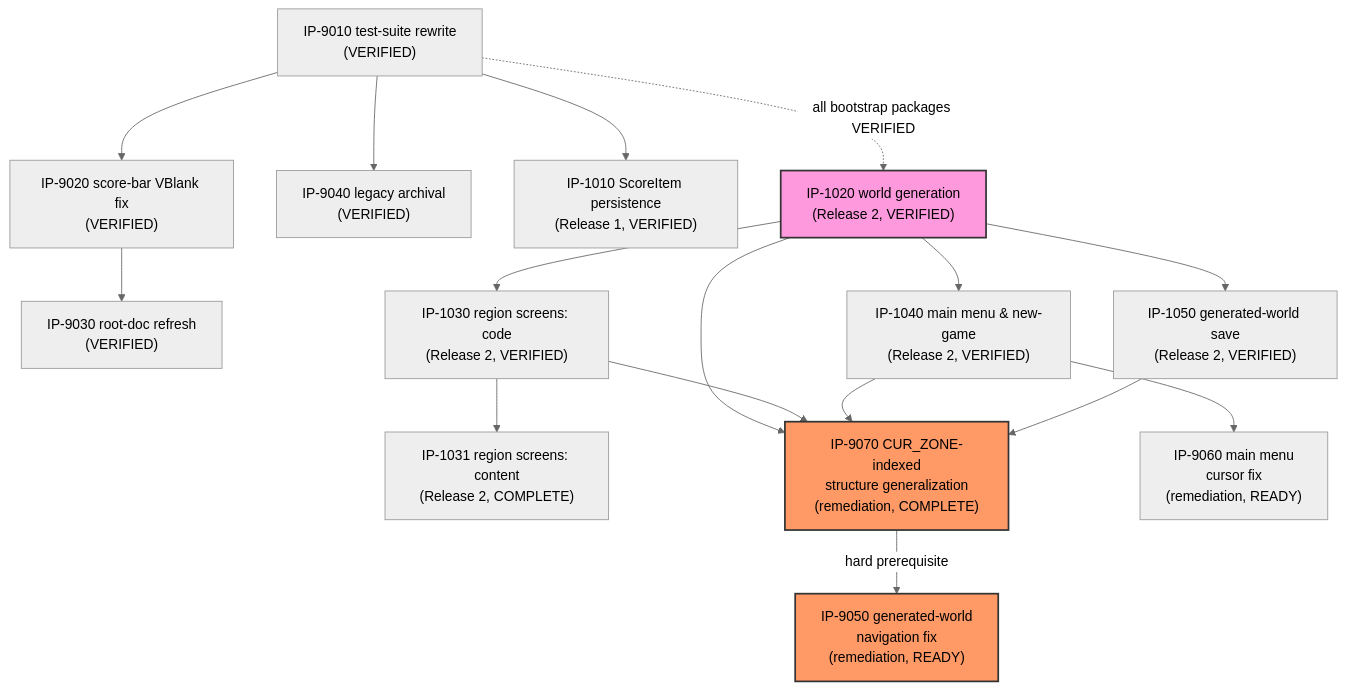
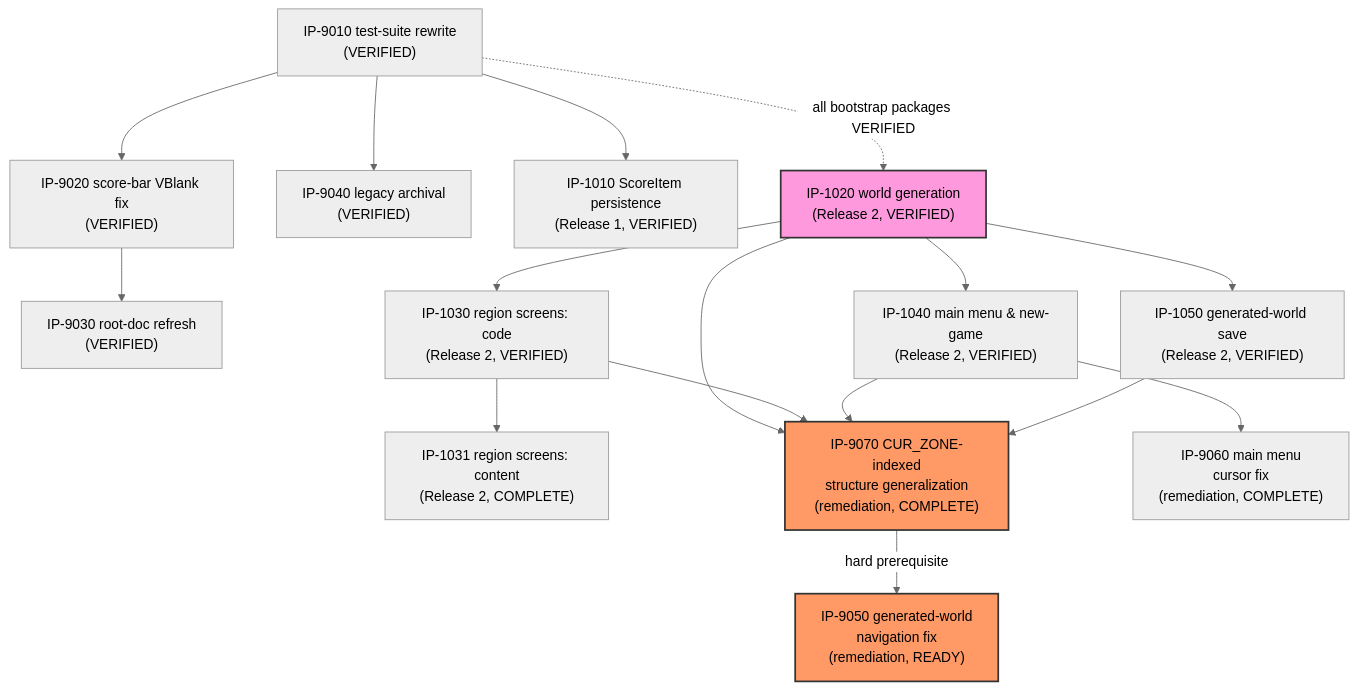
Before and after one commit to Zabin/RsGame: the diagram in docs/implementation/00-master-build-plan.md, drawn with Mermaid (neutral theme). The commit also changed other lines of this file and 8 other files, not shown here.

First line of the commit message:
feat(IP-9060): stop check_save_valid from clobbering the MAIN MENU cursor toggle

````diff
--- a/docs/implementation/00-master-build-plan.md
+++ b/docs/implementation/00-master-build-plan.md
@@ -66,38 +66,38 @@
 ```mermaid
 graph TD
     IP9010["IP-9010 test-suite rewrite<br/>(VERIFIED)"]
     IP9020["IP-9020 score-bar VBlank fix<br/>(VERIFIED)"]
     IP9030["IP-9030 root-doc refresh<br/>(VERIFIED)"]
     IP9040["IP-9040 legacy archival<br/>(VERIFIED)"]
     IP1010["IP-1010 ScoreItem persistence<br/>(Release 1, VERIFIED)"]
     IP9010 --> IP9020
     IP9010 --> IP9040
     IP9010 --> IP1010
     IP9020 --> IP9030
 
     IP1020["IP-1020 world generation<br/>(Release 2, VERIFIED)"]
     IP1030["IP-1030 region screens: code<br/>(Release 2, VERIFIED)"]
     IP1031["IP-1031 region screens: content<br/>(Release 2, COMPLETE)"]
     IP1040["IP-1040 main menu & new-game<br/>(Release 2, VERIFIED)"]
     IP1050["IP-1050 generated-world save<br/>(Release 2, VERIFIED)"]
     IP9010 -.all bootstrap packages VERIFIED.-> IP1020
     IP1020 --> IP1030
     IP1030 --> IP1031
     IP1020 --> IP1040
     IP1020 --> IP1050
 
     style IP1020 fill:#f9d,stroke:#333,stroke-width:2px
 
     IP9070["IP-9070 CUR_ZONE-indexed<br/>structure generalization<br/>(remediation, COMPLETE)"]
     IP9050["IP-9050 generated-world<br/>navigation fix<br/>(remediation, READY)"]
-    IP9060["IP-9060 main menu<br/>cursor fix<br/>(remediation, READY)"]
+    IP9060["IP-9060 main menu<br/>cursor fix<br/>(remediation, COMPLETE)"]
     IP1020 --> IP9070
     IP1030 --> IP9070
     IP1040 --> IP9070
     IP1050 --> IP9070
     IP9070 -->|hard prerequisite| IP9050
     IP1040 --> IP9060
 
     style IP9070 fill:#f96,stroke:#333,stroke-width:2px
     style IP9050 fill:#f96,stroke:#333,stroke-width:2px
 ```
````
